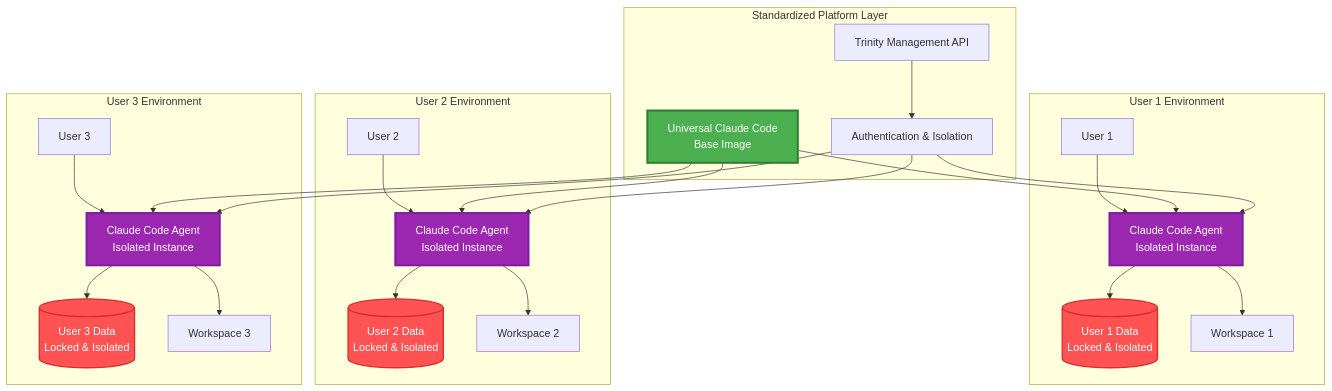
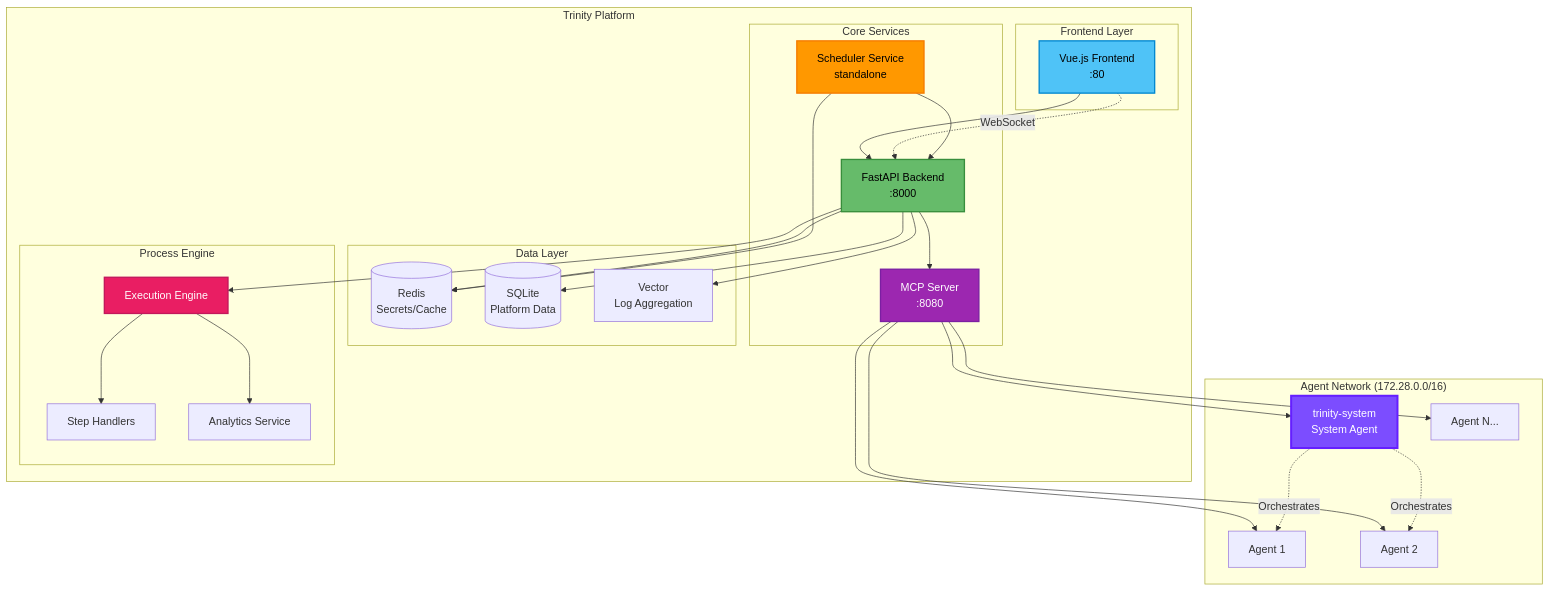
One commit to webmixgamer/trinity changed the first of 15 diagrams in docs/trinity-architecture-diagrams.md. Above: the diagram before and after it, drawn with Mermaid. The commit also changed other lines of this file and 83 other files, not shown here.

First line of the commit message:
feat: Skills management system and documentation updates

````diff
--- a/docs/trinity-architecture-diagrams.md
+++ b/docs/trinity-architecture-diagrams.md
@@ -5,58 +8,61 @@
 ```mermaid
 graph TB
-    subgraph "User 1 Environment"
-        U1[User 1]
-        A1[Claude Code Agent<br/>Isolated Instance]
-        D1[(User 1 Data<br/>Locked & Isolated)]
-        W1[Workspace 1]
+    subgraph "Trinity Platform"
+        subgraph "Frontend Layer"
+            FE[Vue.js Frontend<br/>:80]
+        end
+
+        subgraph "Core Services"
+            BE[FastAPI Backend<br/>:8000]
+            MCP[MCP Server<br/>:8080]
+            SCHED[Scheduler Service<br/>standalone]
+        end
+
+        subgraph "Data Layer"
+            REDIS[(Redis<br/>Secrets/Cache)]
+            SQLITE[(SQLite<br/>Platform Data)]
+            VECTOR[Vector<br/>Log Aggregation]
+        end
+
+        subgraph "Process Engine"
+            PE[Execution Engine]
+            HANDLERS[Step Handlers]
+            ANALYTICS[Analytics Service]
+        end
     end
-    
-    subgraph "User 2 Environment"
-        U2[User 2]
-        A2[Claude Code Agent<br/>Isolated Instance]
-        D2[(User 2 Data<br/>Locked & Isolated)]
-        W2[Workspace 2]
+
+    subgraph "Agent Network (172.28.0.0/16)"
+        SYS[trinity-system<br/>System Agent]
+        A1[Agent 1]
+        A2[Agent 2]
+        AN[Agent N...]
     end
-    
-    subgraph "User 3 Environment"
-        U3[User 3]
-        A3[Claude Code Agent<br/>Isolated Instance]
-        D3[(User 3 Data<br/>Locked & Isolated)]
-        W3[Workspace 3]
-    end
-    
-    subgraph "Standardized Platform Layer"
-        BASE[Universal Claude Code<br/>Base Image]
-        API[Trinity Management API]
-        AUTH[Authentication & Isolation]
-    end
-    
-    U1 --> A1
-    A1 --> D1
-    A1 --> W1
-    
-    U2 --> A2
-    A2 --> D2
-    A2 --> W2
-    
-    U3 --> A3
-    A3 --> D3
-    A3 --> W3
-    
-    BASE --> A1
-    BASE --> A2
-    BASE --> A3
-    
-    API --> AUTH
-    AUTH --> A1
-    AUTH --> A2
-    AUTH --> A3
-    
-    style A1 fill:#9C27B0,stroke:#7B1FA2,stroke-width:3px,color:#fff
-    style A2 fill:#9C27B0,stroke:#7B1FA2,stroke-width:3px,color:#fff
-    style A3 fill:#9C27B0,stroke:#7B1FA2,stroke-width:3px,color:#fff
-    style D1 fill:#FF5252,stroke:#D32F2F,stroke-width:2px,color:#fff
-    style D2 fill:#FF5252,stroke:#D32F2F,stroke-width:2px,color:#fff
-    style D3 fill:#FF5252,stroke:#D32F2F,stroke-width:2px,color:#fff
-    style BASE fill:#4CAF50,stroke:#2E7D32,stroke-width:3px,color:#fff
+
+    FE --> BE
+    FE -.->|WebSocket| BE
+    BE --> MCP
+    BE --> REDIS
+    BE --> SQLITE
+    BE --> VECTOR
+    SCHED --> BE
+    SCHED --> REDIS
+
+    PE --> HANDLERS
+    PE --> ANALYTICS
+    BE --> PE
+
+    MCP --> A1
+    MCP --> A2
+    MCP --> AN
+    MCP --> SYS
+
+    SYS -.->|Orchestrates| A1
+    SYS -.->|Orchestrates| A2
+
+    style FE fill:#4FC3F7,stroke:#0288D1,stroke-width:2px,color:#000
+    style BE fill:#66BB6A,stroke:#388E3C,stroke-width:2px,color:#000
+    style MCP fill:#9C27B0,stroke:#7B1FA2,stroke-width:2px,color:#fff
+    style SCHED fill:#FF9800,stroke:#F57C00,stroke-width:2px,color:#000
+    style PE fill:#E91E63,stroke:#C2185B,stroke-width:2px,color:#fff
+    style SYS fill:#7C4DFF,stroke:#651FFF,stroke-width:3px,color:#fff
 ```
````
